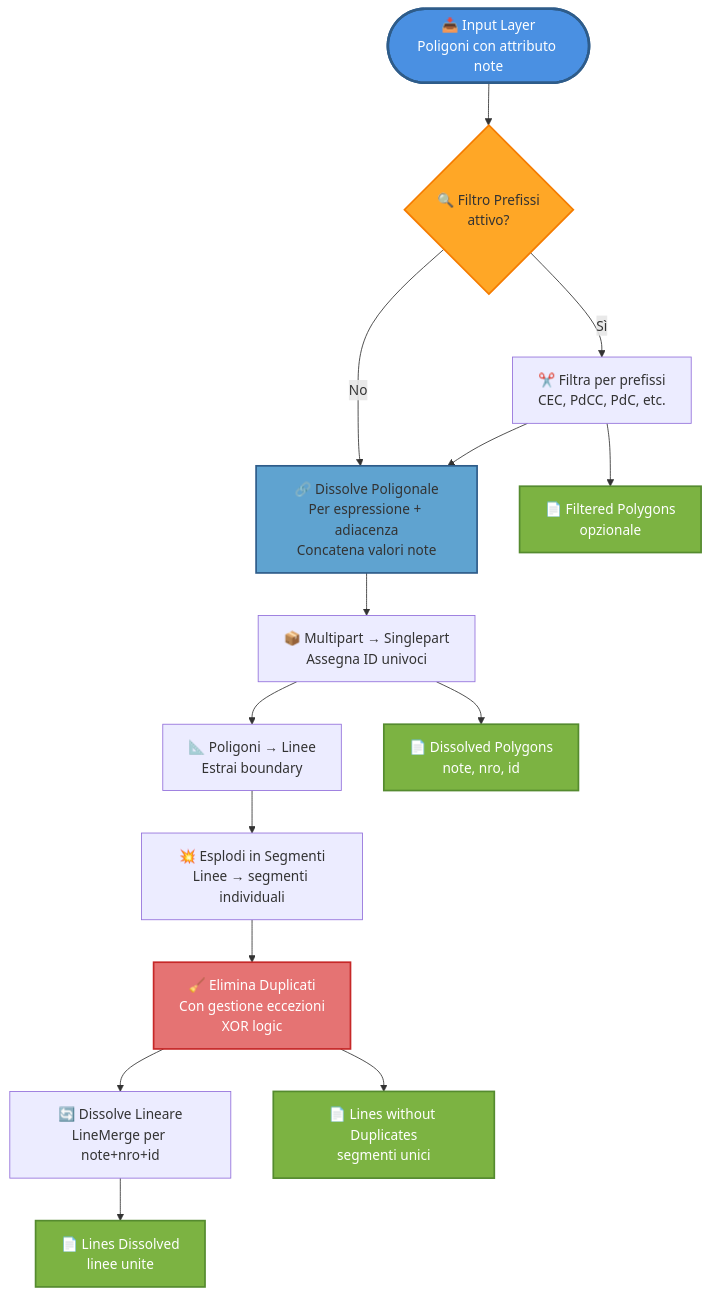
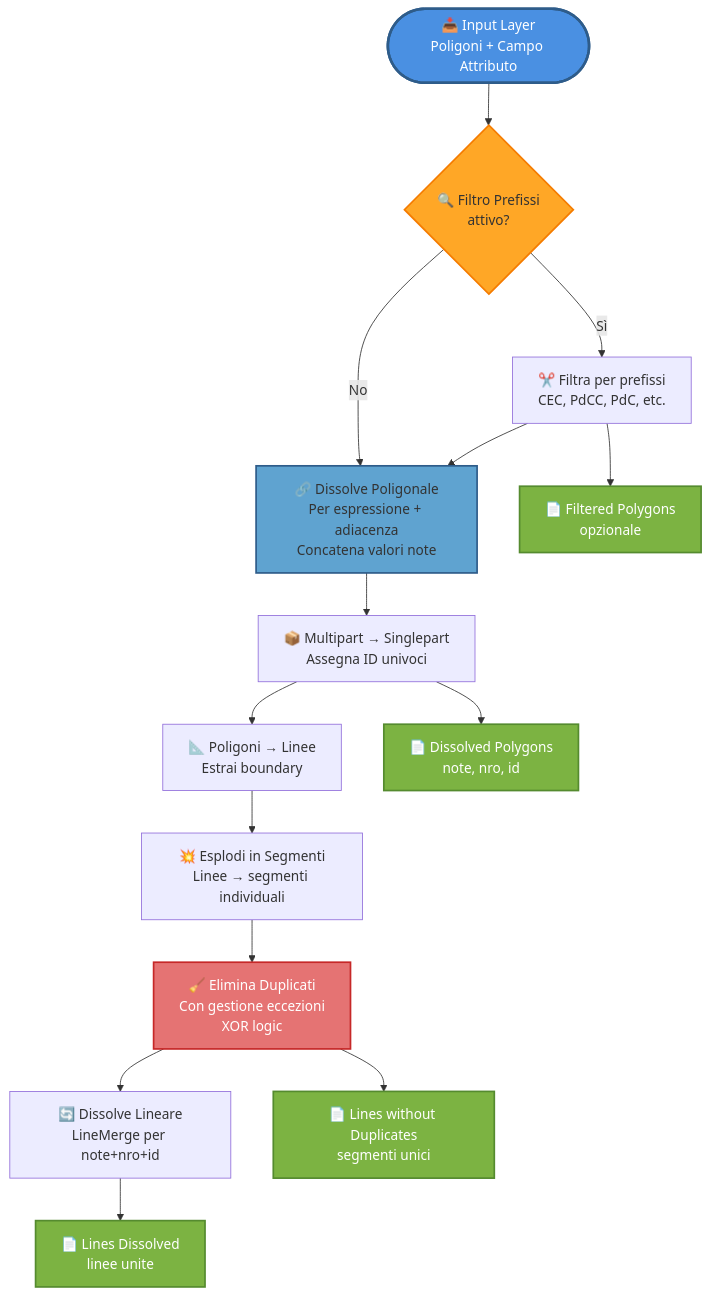
The diagram in README.md (pigreco/adjacent-dissolve-line-processor), drawn with Mermaid before and after one commit. The commit also changed other lines of this file and 1 other file, not shown here.

Commit message:
Aggiorna README e script per supportare un campo attributo selezionabile nel dissolvimento dei poligoni

````diff
--- a/README.md
+++ b/README.md
@@ -21,49 +21,49 @@
 ```mermaid
 flowchart TD
-    Start([📥 Input Layer<br/>Poligoni con attributo note])
+    Start([📥 Input Layer<br/>Poligoni + Campo Attributo])
     
     Filter{🔍 Filtro Prefissi<br/>attivo?}
     FilterApply[✂️ Filtra per prefissi<br/>CEC, PdCC, PdC, etc.]
     
     Dissolve[🔗 Dissolve Poligonale<br/>Per espressione + adiacenza<br/>Concatena valori note]
     
     MultiToSingle[📦 Multipart → Singlepart<br/>Assegna ID univoci]
     
     PolyToLine[📐 Poligoni → Linee<br/>Estrai boundary]
     
     Explode[💥 Esplodi in Segmenti<br/>Linee → segmenti individuali]
     
     RemoveDup[🧹 Elimina Duplicati<br/>Con gestione eccezioni<br/>XOR logic]
     
     LineMerge[🔄 Dissolve Lineare<br/>LineMerge per note+nro+id]
     
     Out1[📄 Filtered Polygons<br/>opzionale]
     Out2[📄 Dissolved Polygons<br/>note, nro, id]
     Out3[📄 Lines without Duplicates<br/>segmenti unici]
     Out4[📄 Lines Dissolved<br/>linee unite]
     
     Start --> Filter
     Filter -->|Sì| FilterApply
     Filter -->|No| Dissolve
     FilterApply --> Out1
     FilterApply --> Dissolve
     
     Dissolve --> MultiToSingle
     MultiToSingle --> Out2
     MultiToSingle --> PolyToLine
     
     PolyToLine --> Explode
     Explode --> RemoveDup
     RemoveDup --> Out3
     RemoveDup --> LineMerge
     LineMerge --> Out4
     
     style Start fill:#4A90E2,stroke:#2E5C8A,stroke-width:3px,color:#fff
     style Filter fill:#FFA726,stroke:#F57C00,stroke-width:2px
     style Out1 fill:#7CB342,stroke:#558B2F,stroke-width:2px,color:#fff
     style Out2 fill:#7CB342,stroke:#558B2F,stroke-width:2px,color:#fff
     style Out3 fill:#7CB342,stroke:#558B2F,stroke-width:2px,color:#fff
     style Out4 fill:#7CB342,stroke:#558B2F,stroke-width:2px,color:#fff
     style Dissolve fill:#5FA3D0,stroke:#2E5C8A,stroke-width:2px
     style RemoveDup fill:#E57373,stroke:#C62828,stroke-width:2px,color:#fff
 ```
````
